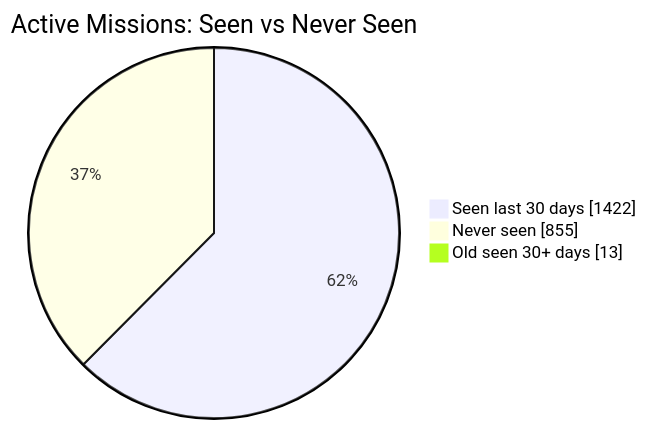
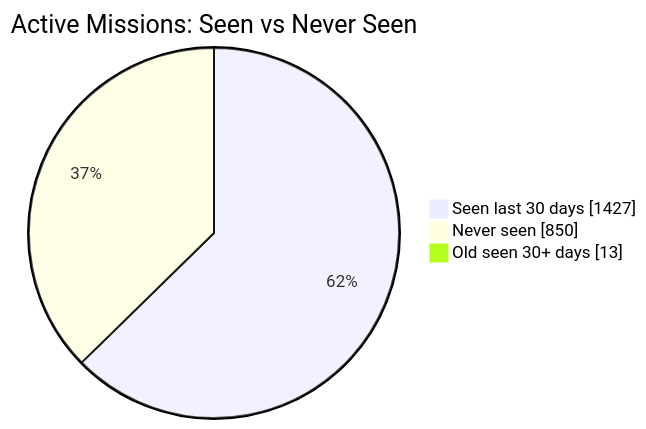
Before and after one commit to MeldkamerspelGameTeam/active-missions: the first of 2 diagrams in README.md, drawn with Mermaid. The commit also changed other lines of this file and 2 other files, not shown here.

````diff
--- a/README.md
+++ b/README.md
@@ -34,7 +34,7 @@
 ```mermaid
 pie showData
     title Active Missions: Seen vs Never Seen
-    "Seen last 30 days" : 1422
-    "Never seen" : 855
+    "Seen last 30 days" : 1427
+    "Never seen" : 850
     "Old seen 30+ days" : 13
 ```
````
